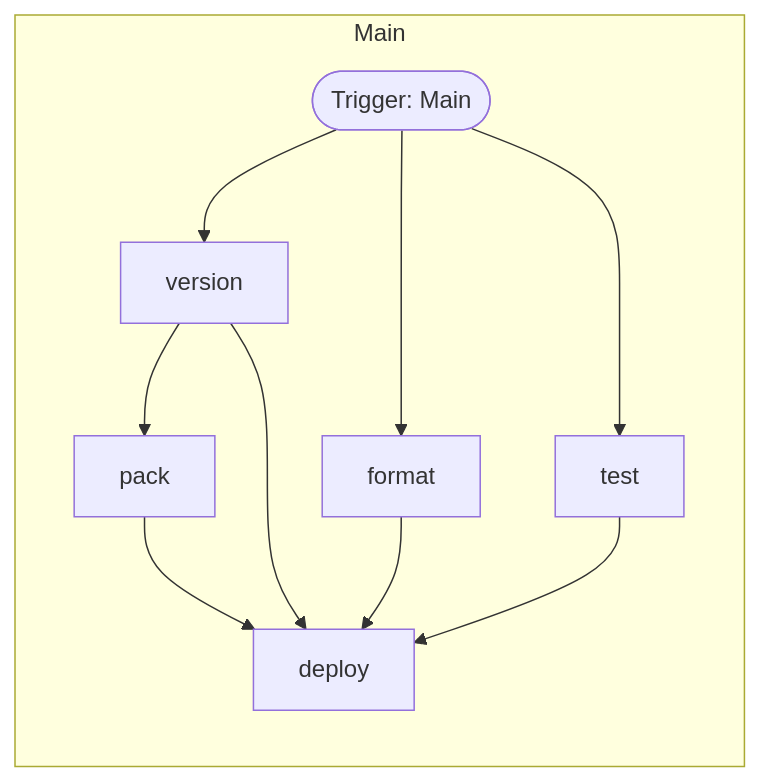
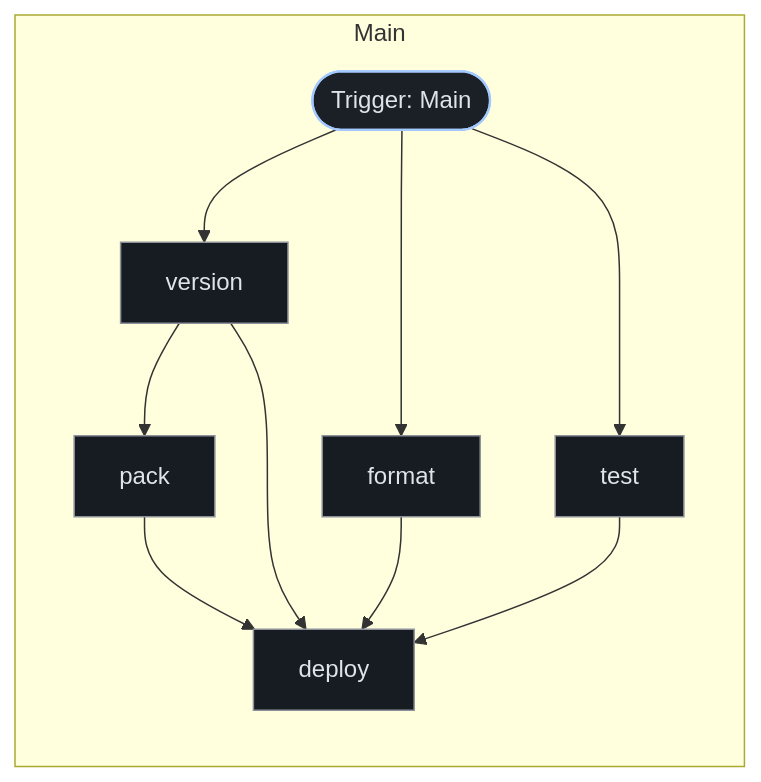
Before and after one commit to kumarshaz/atruss-code-atlas: the second of 2 diagrams in exports/latest/reports/bitwarden-passwordless-dotnet-report.md, drawn with Mermaid. The commit also changed other lines of this file and 331 other files, not shown here.

Commit message:
docs,ui,fix: update SDLC docs, reorder CI/CD DAG first, stylize Mermaid, and fix Arc42 pipeline topology

````diff
--- a/exports/latest/reports/bitwarden-passwordless-dotnet-report.md
+++ b/exports/latest/reports/bitwarden-passwordless-dotnet-report.md
@@ -160,20 +167,27 @@
 ```mermaid
 graph TD;
+  classDef atlasRoot fill:#004882,stroke:#a3c9ff,stroke-width:2px,color:#d3e4ff
+  classDef atlasCategory fill:#212428,stroke:#E87A48,stroke-width:1.5px,color:#dfe3eb
+  classDef atlasWorkflow fill:#1b2026,stroke:#a3c9ff,stroke-width:1.5px,color:#dfe3eb
+  classDef atlasJob fill:#171c22,stroke:#8d9199,stroke-width:1px,color:#dfe3eb
+  classDef atlasTarget fill:#005227,stroke:#8bd99b,stroke-width:1.5px,color:#a7f6b6
+  classDef atlasAlert fill:#93000a,stroke:#ffb4ab,stroke-width:1.5px,color:#ffdad6
+  classDef atlasMore fill:#252a31,stroke:#8d9199,stroke-dasharray:4 4,color:#c3c6cf
   subgraph Main_0["Main"]
     direction TB
-    0_version["version"]
-    0_format["format"]
-    0_test["test"]
-    0_pack["pack"]
+    0_version["version"]:::atlasJob
+    0_format["format"]:::atlasJob
+    0_test["test"]:::atlasJob
+    0_pack["pack"]:::atlasJob
     0_version --> 0_pack
-    0_deploy["deploy"]
+    0_deploy["deploy"]:::atlasJob
     0_version --> 0_deploy
     0_format --> 0_deploy
     0_test --> 0_deploy
     0_pack --> 0_deploy
-    wf_entry_0(["Trigger: Main"])
+    wf_entry_0(["Trigger: Main"]):::atlasWorkflow
     wf_entry_0 --> 0_version
     wf_entry_0 --> 0_format
     wf_entry_0 --> 0_test
   end
 ```
````
